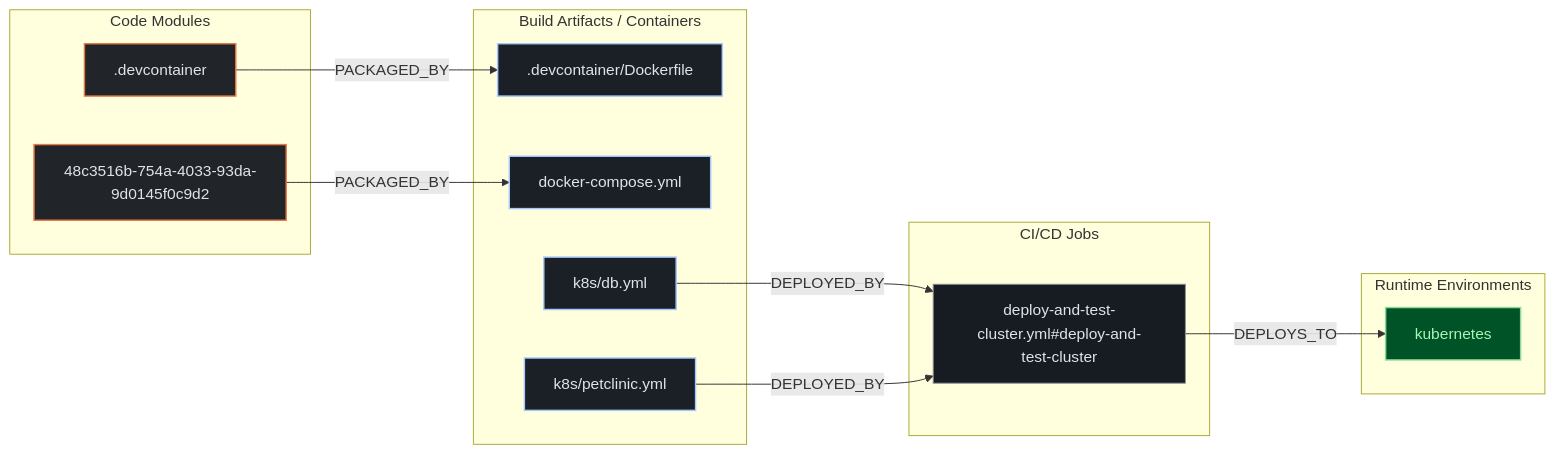
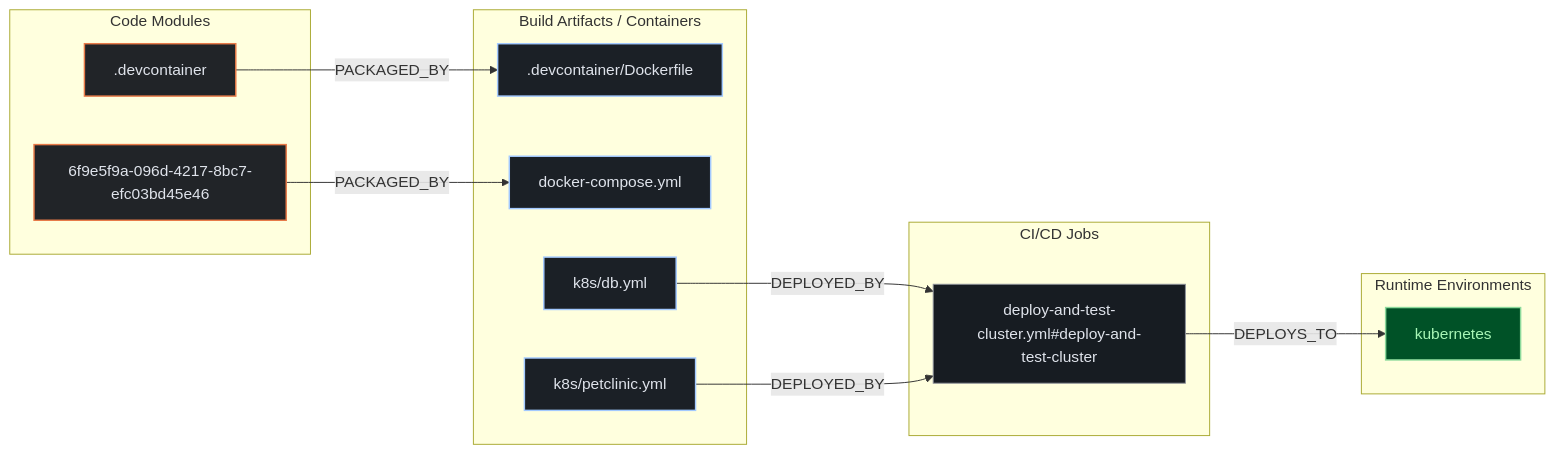
The second of 3 diagrams in exports/latest/reports/spring-projects-spring-petclinic-report.md (kumarshaz/atruss-code-atlas), drawn with Mermaid before and after one commit. The commit also changed other lines of this file and 1613 other files, not shown here.

````diff
--- a/exports/latest/reports/spring-projects-spring-petclinic-report.md
+++ b/exports/latest/reports/spring-projects-spring-petclinic-report.md
@@ -170,28 +210,29 @@
 ```mermaid
 flowchart LR
+    %% title: Code-to-Cloud Deployment Traceability
     classDef atlasCategory fill:#212428,stroke:#E87A48,stroke-width:1.5px,color:#dfe3eb
     classDef atlasWorkflow fill:#1b2026,stroke:#a3c9ff,stroke-width:1.5px,color:#dfe3eb
     classDef atlasJob fill:#171c22,stroke:#8d9199,stroke-width:1px,color:#dfe3eb
     classDef atlasTarget fill:#005227,stroke:#8bd99b,stroke-width:1.5px,color:#a7f6b6
     subgraph code_modules["Code Modules"]
         mod__devcontainer[".devcontainer"]:::atlasCategory
-        mod_48c3516b_754a_4033_93da_9d0145f0c9d2["48c3516b-754a-4033-93da-9d0145f0c9d2"]:::atlasCategory
+        mod_6f9e5f9a_096d_4217_8bc7_efc03bd45e46["6f9e5f9a-096d-4217-8bc7-efc03bd45e46"]:::atlasCategory
     end
     subgraph build_artifacts["Build Artifacts / Containers"]
         art__devcontainer_Dockerfile[".devcontainer/Dockerfile"]:::atlasWorkflow
         art_docker_compose_yml["docker-compose.yml"]:::atlasWorkflow
         art_k8s_db_yml["k8s/db.yml"]:::atlasWorkflow
         art_k8s_petclinic_yml["k8s/petclinic.yml"]:::atlasWorkflow
     end
     subgraph ci_jobs["CI/CD Jobs"]
         job_deploy_and_test_cluster_yml_deploy_and_test_cluster["deploy-and-test-cluster.yml#deploy-and-test-cluster"]:::atlasJob
     end
     subgraph runtime_envs["Runtime Environments"]
         env_kubernetes["kubernetes"]:::atlasTarget
     end
     job_deploy_and_test_cluster_yml_deploy_and_test_cluster -->|DEPLOYS_TO| env_kubernetes
     mod__devcontainer -->|PACKAGED_BY| art__devcontainer_Dockerfile
-    mod_48c3516b_754a_4033_93da_9d0145f0c9d2 -->|PACKAGED_BY| art_docker_compose_yml
+    mod_6f9e5f9a_096d_4217_8bc7_efc03bd45e46 -->|PACKAGED_BY| art_docker_compose_yml
     art_k8s_db_yml -->|DEPLOYED_BY| job_deploy_and_test_cluster_yml_deploy_and_test_cluster
     art_k8s_petclinic_yml -->|DEPLOYED_BY| job_deploy_and_test_cluster_yml_deploy_and_test_cluster
 ```
````
